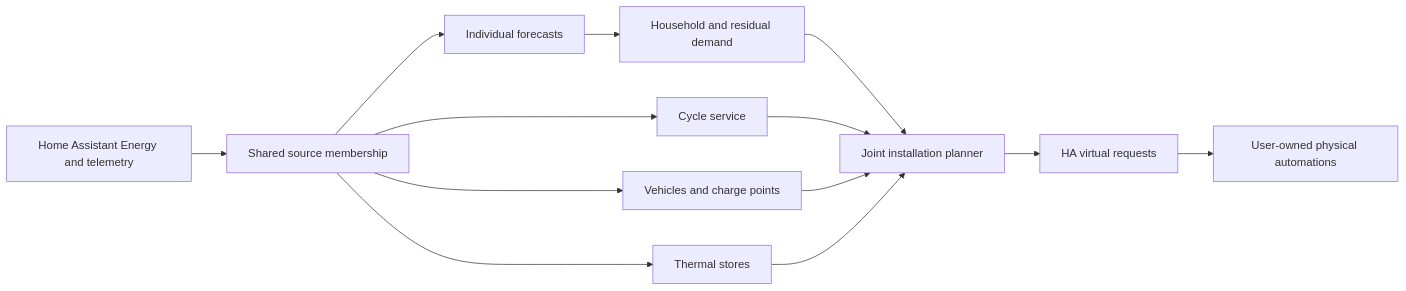
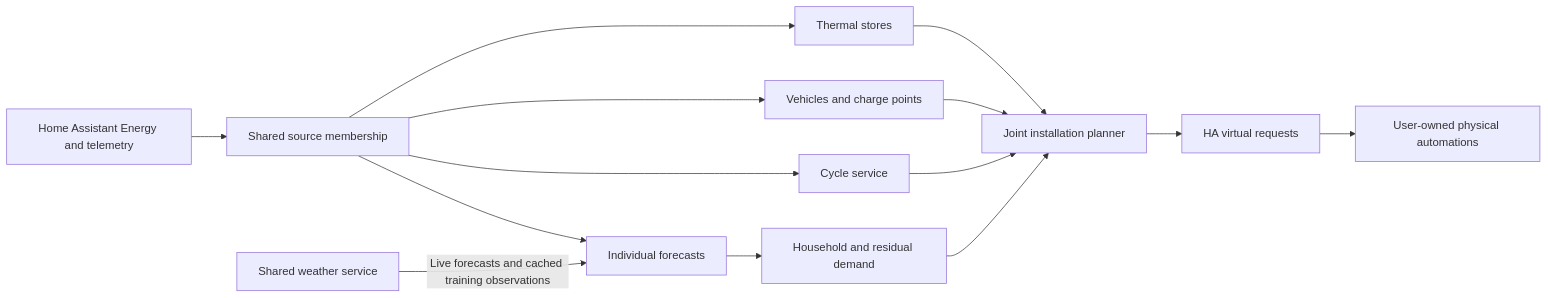
One commit to patrickvorgers/open-energy-planner changed the diagram in docs/development/APPLIANCE-ARCHITECTURE.md. Above: the diagram before and after it, drawn with Mermaid. The commit also changed 25 other files, not shown here.

Commit message:
feat: share training weather and retain current demand models

````diff
--- a/docs/development/APPLIANCE-ARCHITECTURE.md
+++ b/docs/development/APPLIANCE-ARCHITECTURE.md
@@ -103,15 +103,16 @@
 ```mermaid
 flowchart LR
     HA[Home Assistant Energy and telemetry] --> Sources[Shared source membership]
     Sources --> Forecasts[Individual forecasts]
+    Weather["Shared weather service"] -->|"Live forecasts and cached training observations"| Forecasts
     Sources --> Cycles[Cycle service]
     Sources --> EV[Vehicles and charge points]
     Sources --> Thermal[Thermal stores]
     Forecasts --> Demand[Household and residual demand]
     Demand --> Planner[Joint installation planner]
     Cycles --> Planner
     EV --> Planner
     Thermal --> Planner
     Planner --> Integration[HA virtual requests]
     Integration --> Automation[User-owned physical automations]
 ```
````
